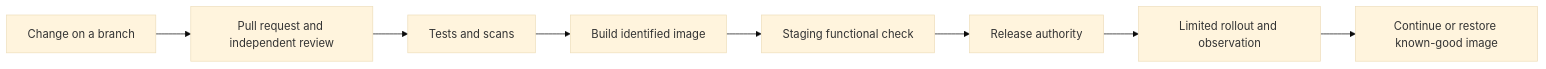
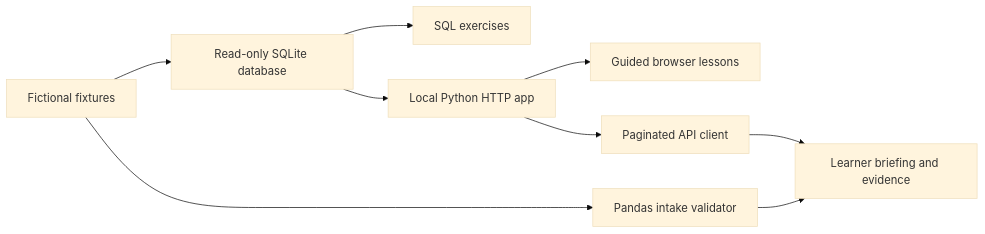
One commit to Caveman79/vibe-deploy-guardrails changed the diagram in README.md. Above: the diagram before and after it, drawn with Mermaid (base theme). The commit also changed other lines of this file and 74 other files, not shown here.

Commit message:
Build SQL-first operator technical bridge and guided course reader

````diff
--- a/README.md
+++ b/README.md
@@ -75,10 +47,11 @@
 ```mermaid
 flowchart LR
-    A[Change on a branch] --> B[Pull request and independent review]
-    B --> C[Tests and scans]
-    C --> D[Build identified image]
-    D --> E[Staging functional check]
-    E --> F[Release authority]
-    F --> G[Limited rollout and observation]
-    G --> H[Continue or restore known-good image]
+    F[Fictional fixtures] --> D[Read-only SQLite database]
+    D --> Q[SQL exercises]
+    D --> A[Local Python HTTP app]
+    A --> B[Guided browser lessons]
+    A --> C[Paginated API client]
+    F --> P[Pandas intake validator]
+    C --> E[Learner briefing and evidence]
+    P --> E
 ```
````
